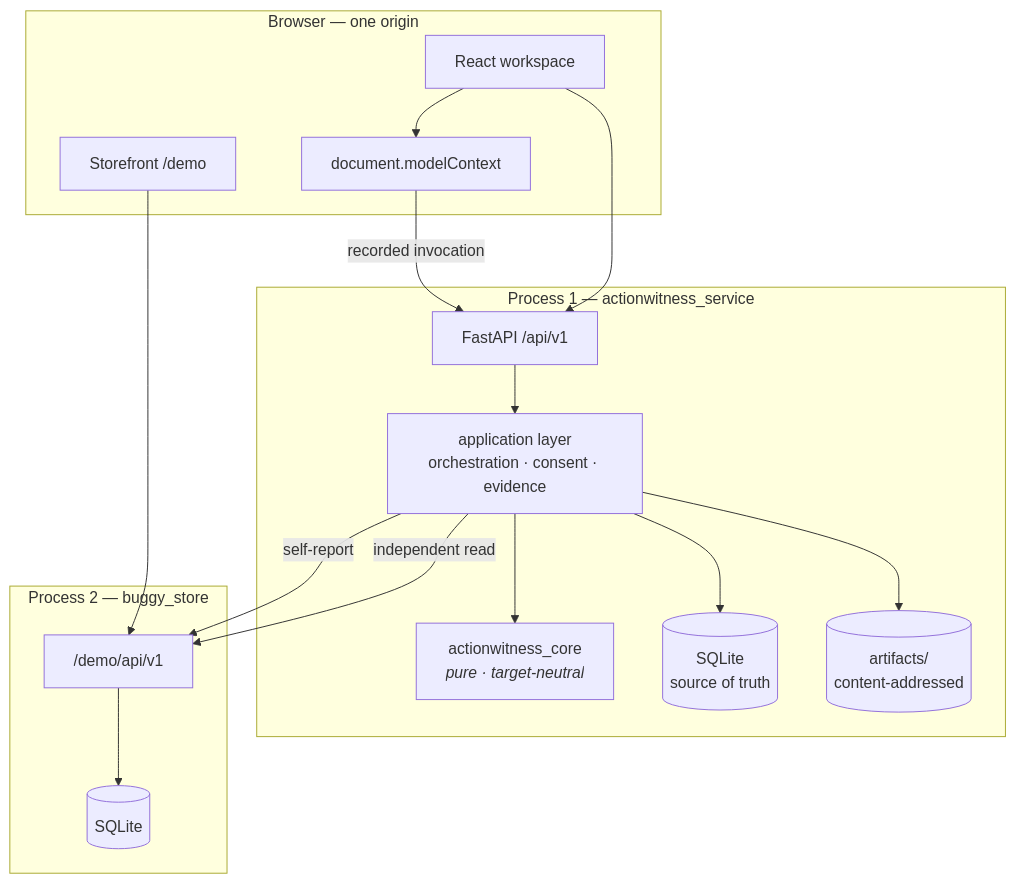
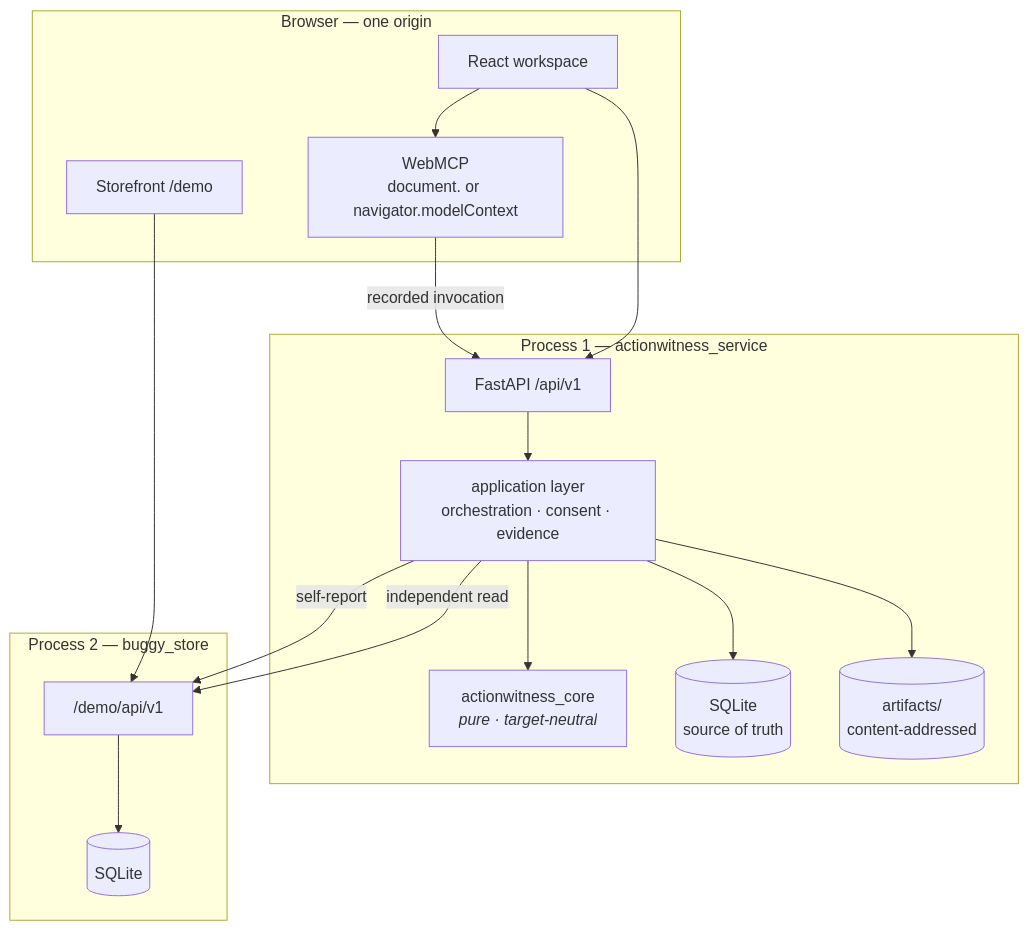
Before and after one commit to ichiorca/actionwitness: the fourth of 29 diagrams in docs/ARCHITECTURE.md, drawn with Mermaid. The commit also changed other lines of this file and 153 other files, not shown here.

````diff
--- a/docs/ARCHITECTURE.md
+++ b/docs/ARCHITECTURE.md
@@ -127,33 +127,33 @@
 ```mermaid
 flowchart TB
     subgraph browser["Browser — one origin"]
         UI["React workspace"]
         SF["Storefront /demo"]
-        MC["document.modelContext"]
+        MC["WebMCP<br/>document. or navigator.modelContext"]
     end
 
     subgraph p1["Process 1 — actionwitness_service"]
         API["FastAPI /api/v1"]
         APP["application layer<br/>orchestration · consent · evidence"]
         CORE["actionwitness_core<br/><i>pure · target-neutral</i>"]
         DB[("SQLite<br/>source of truth")]
         FS[("artifacts/<br/>content-addressed")]
     end
 
     subgraph p2["Process 2 — buggy_store"]
         SAPI["/demo/api/v1"]
         SDB[("SQLite")]
     end
 
     UI --> MC
     MC -->|recorded invocation| API
     UI --> API
     SF --> SAPI
     API --> APP
     APP --> CORE
     APP --> DB
     APP --> FS
     APP -->|"self-report"| SAPI
     APP -->|"independent read"| SAPI
     SAPI --> SDB
 ```
````
